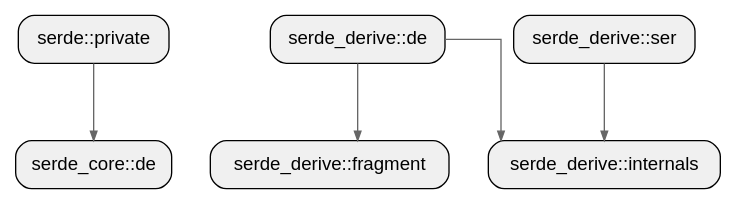
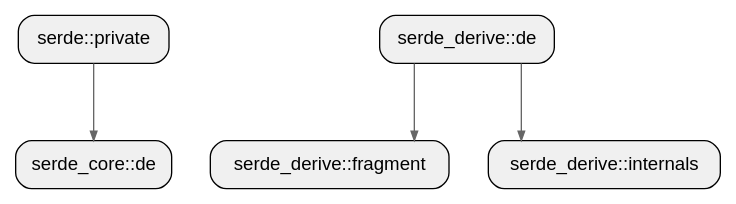
One commit to allenanswerzq/llmcc changed the diagram in sample/rust/serde/depth_2_module.dot. Above: the diagram before and after it, drawn with Graphviz. The commit also changed 374 other files, not shown here.

```diff
--- a/sample/rust/serde/depth_2_module.dot
+++ b/sample/rust/serde/depth_2_module.dot
@@ -1,27 +1,25 @@
 digraph architecture {
   // Layout settings
   rankdir=TB;
   ranksep=0.8;
   nodesep=0.4;
   splines=ortho;
   concentrate=true;
 
   node [shape=box, style="rounded,filled", fillcolor="#f0f0f0", fontname="Helvetica"];
   edge [color="#666666", arrowsize=0.7];
 
   labelloc=t;
   fontsize=16;
   fontname="Helvetica Bold";
 
   mod_serde_core_de[label="serde_core::de", folder="/home/yibai/llmcc/sample/repos/serde/serde_core/src/de"];
   mod_serde_derive_de[label="serde_derive::de", folder="/home/yibai/llmcc/sample/repos/serde/serde_derive/src"];
   mod_serde_derive_fragment[label="serde_derive::fragment", folder="/home/yibai/llmcc/sample/repos/serde/serde_derive/src"];
   mod_serde_derive_internals[label="serde_derive::internals", folder="/home/yibai/llmcc/sample/repos/serde/serde_derive/src/internals"];
-  mod_serde_derive_ser[label="serde_derive::ser", folder="/home/yibai/llmcc/sample/repos/serde/serde_derive/src"];
   mod_serde_private[label="serde::private", folder="/home/yibai/llmcc/sample/repos/serde/serde/src/private"];
 
   mod_serde_derive_de -> mod_serde_derive_fragment;
   mod_serde_derive_de -> mod_serde_derive_internals;
-  mod_serde_derive_ser -> mod_serde_derive_internals;
   mod_serde_private -> mod_serde_core_de;
 }
```
